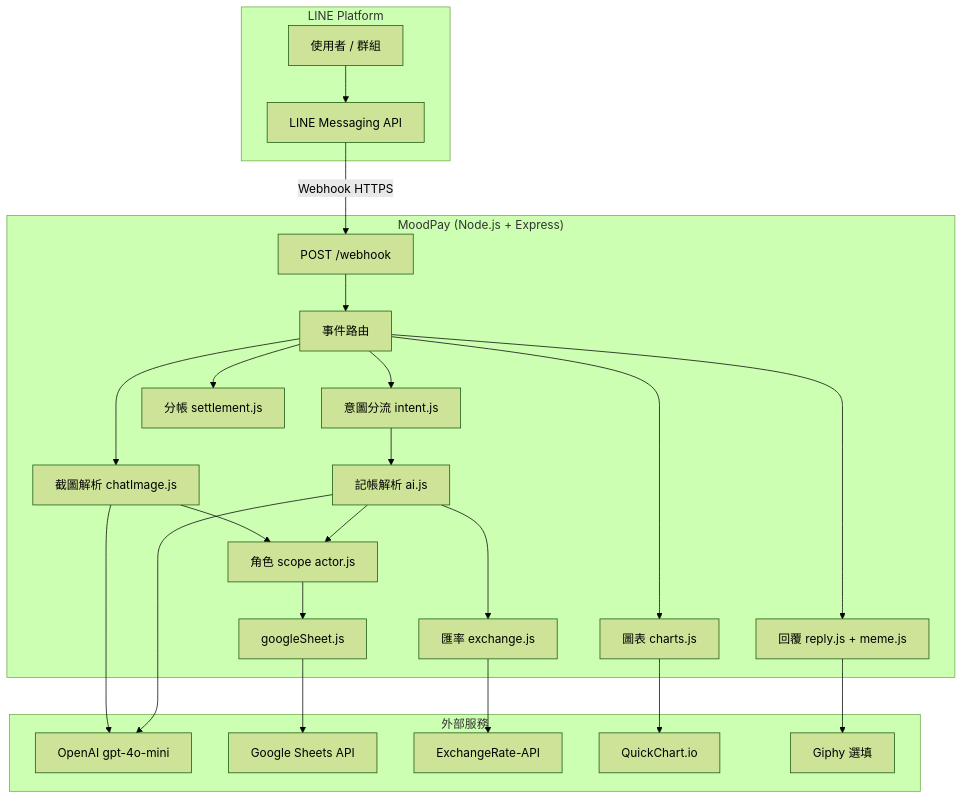
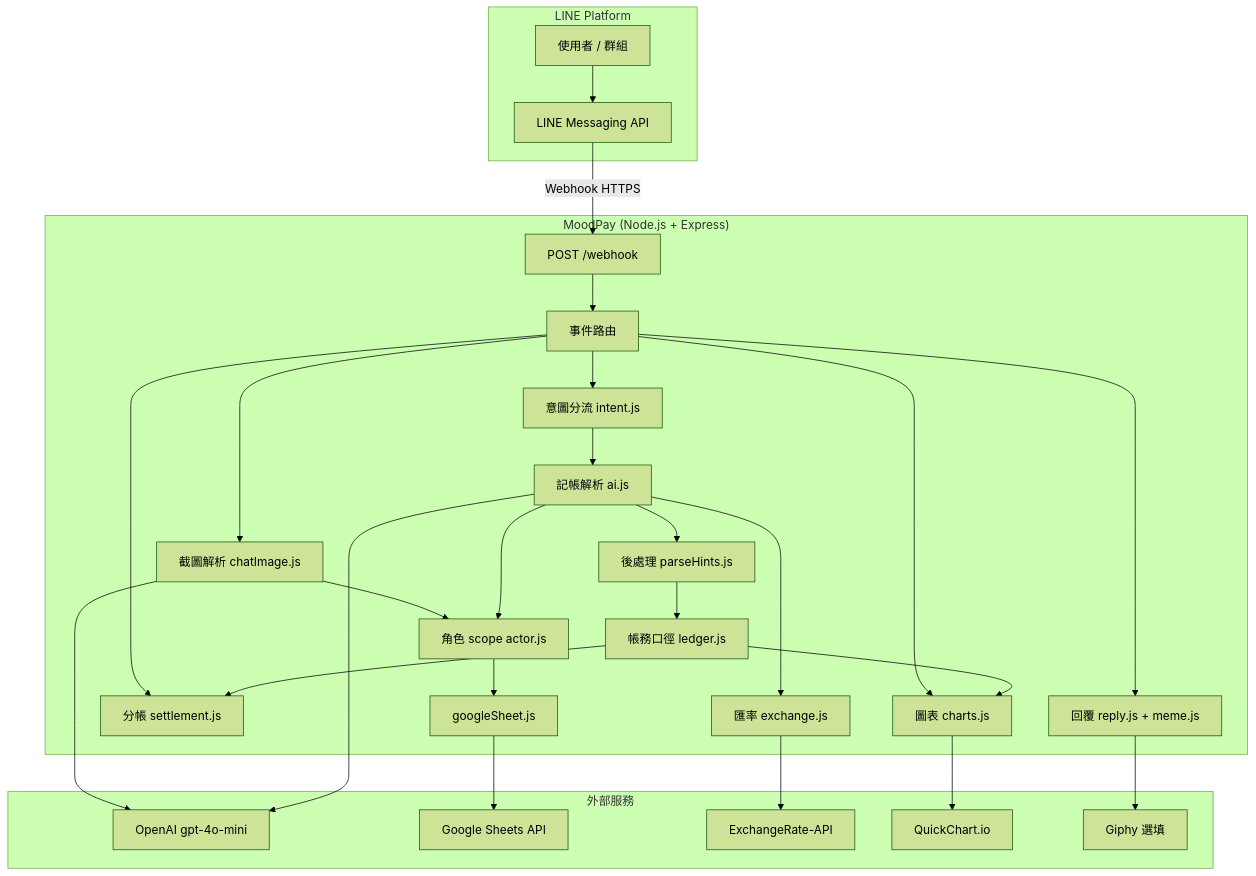
One commit to hiiameartha/ai-split-bot changed the diagram in README.md. Above: the diagram before and after it, drawn with Mermaid (forest theme). The commit also changed other lines of this file and 10 other files, not shown here.

````diff
--- a/README.md
+++ b/README.md
@@ -25,49 +25,55 @@
 ```mermaid
 flowchart TB
   subgraph LINE["LINE Platform"]
     User[使用者 / 群組]
     LINEAPI[LINE Messaging API]
   end
 
   subgraph App["MoodPay (Node.js + Express)"]
     WH["POST /webhook"]
     Router[事件路由]
     Intent[意圖分流 intent.js]
     AI[記帳解析 ai.js]
+    Hints[後處理 parseHints.js]
+    Ledger[帳務口徑 ledger.js]
     Img[截圖解析 chatImage.js]
     Actor[角色 scope actor.js]
     FX[匯率 exchange.js]
     Settle[分帳 settlement.js]
     Chart[圖表 charts.js]
     Reply[回覆 reply.js + meme.js]
     Sheet[googleSheet.js]
   end
 
   subgraph External["外部服務"]
     OpenAI[OpenAI gpt-4o-mini]
     GSheet[Google Sheets API]
     ER[ExchangeRate-API]
     QC[QuickChart.io]
     Giphy[Giphy 選填]
   end
 
   User --> LINEAPI
   LINEAPI -->|Webhook HTTPS| WH
   WH --> Router
   Router --> Intent
   Router --> Img
   Intent --> AI
+  AI --> Hints
+  Hints --> Ledger
   AI --> Actor
   AI --> FX
   Actor --> Sheet
+  Ledger --> Chart
+  Ledger --> Settle
   Img --> Actor
   Router --> Settle
   Router --> Chart
   Chart --> QC
   Router --> Reply
   Reply --> Giphy
   AI --> OpenAI
   Img --> OpenAI
   Sheet --> GSheet
   FX --> ER
 ```
````
